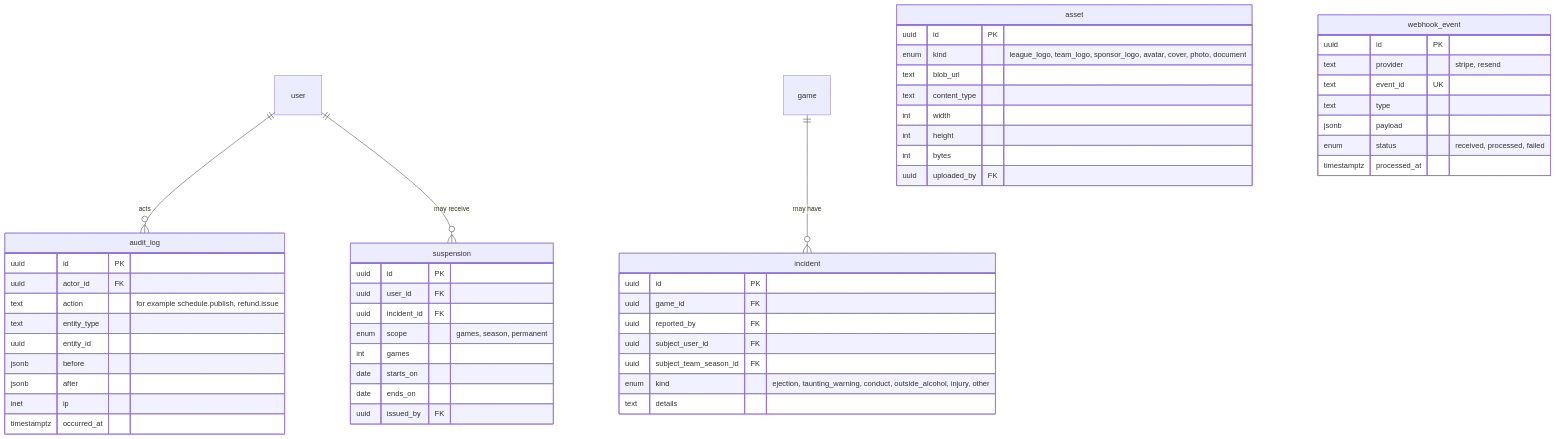
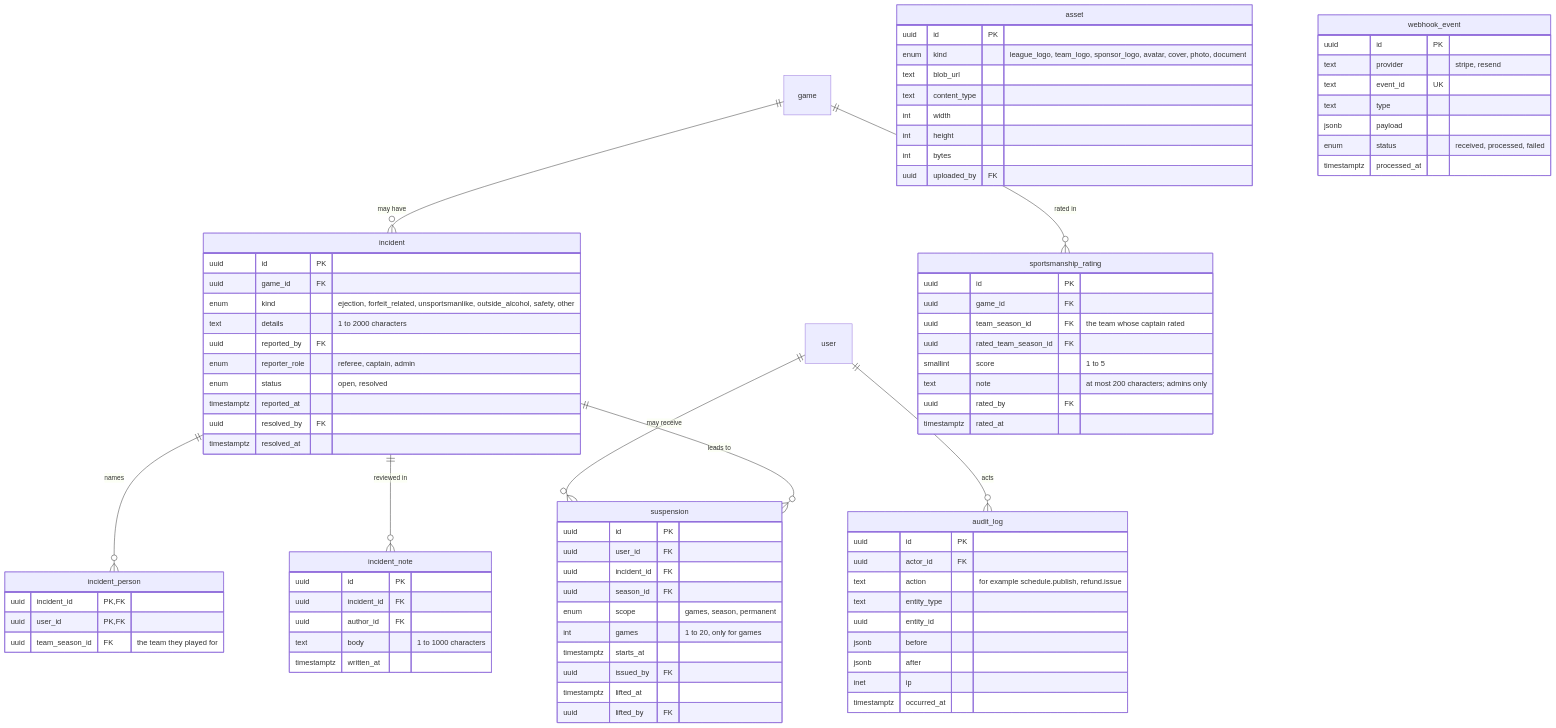
One commit to michael-fesselmeyer/kickball-league changed the seventh of 7 diagrams in docs/data-model.md. Above: the diagram before and after it, drawn with Mermaid. The commit also changed other lines of this file and 5 other files, not shown here.

````diff
--- a/docs/data-model.md
+++ b/docs/data-model.md
@@ -964,6 +964,10 @@
   user ||--o{ audit_log : acts
   user ||--o{ suspension : "may receive"
   game ||--o{ incident : "may have"
+  incident ||--o{ incident_person : names
+  incident ||--o{ incident_note : "reviewed in"
+  incident ||--o{ suspension : "leads to"
+  game ||--o{ sportsmanship_rating : "rated in"
 
   asset {
     uuid id PK
@@ -995,23 +999,50 @@
     enum status "received, processed, failed"
     timestamptz processed_at
   }
+  sportsmanship_rating {
+    uuid id PK
+    uuid game_id FK
+    uuid team_season_id FK "the team whose captain rated"
+    uuid rated_team_season_id FK
+    smallint score "1 to 5"
+    text note "at most 200 characters; admins only"
+    uuid rated_by FK
+    timestamptz rated_at
+  }
   incident {
     uuid id PK
     uuid game_id FK
+    enum kind "ejection, forfeit_related, unsportsmanlike, outside_alcohol, safety, other"
+    text details "1 to 2000 characters"
     uuid reported_by FK
-    uuid subject_user_id FK
-    uuid subject_team_season_id FK
-    enum kind "ejection, taunting_warning, conduct, outside_alcohol, injury, other"
-    text details
+    enum reporter_role "referee, captain, admin"
+    enum status "open, resolved"
+    timestamptz reported_at
+    uuid resolved_by FK
+    timestamptz resolved_at
+  }
+  incident_person {
+    uuid incident_id PK, FK
+    uuid user_id PK, FK
+    uuid team_season_id FK "the team they played for"
+  }
+  incident_note {
+    uuid id PK
+    uuid incident_id FK
+    uuid author_id FK
+    text body "1 to 1000 characters"
+    timestamptz written_at
   }
   suspension {
     uuid id PK
     uuid user_id FK
     uuid incident_id FK
+    uuid season_id FK
     enum scope "games, season, permanent"
-    int games
-    date starts_on
-    date ends_on
+    int games "1 to 20, only for games"
+    timestamptz starts_at
     uuid issued_by FK
+    timestamptz lifted_at
+    uuid lifted_by FK
   }
 ```
````
